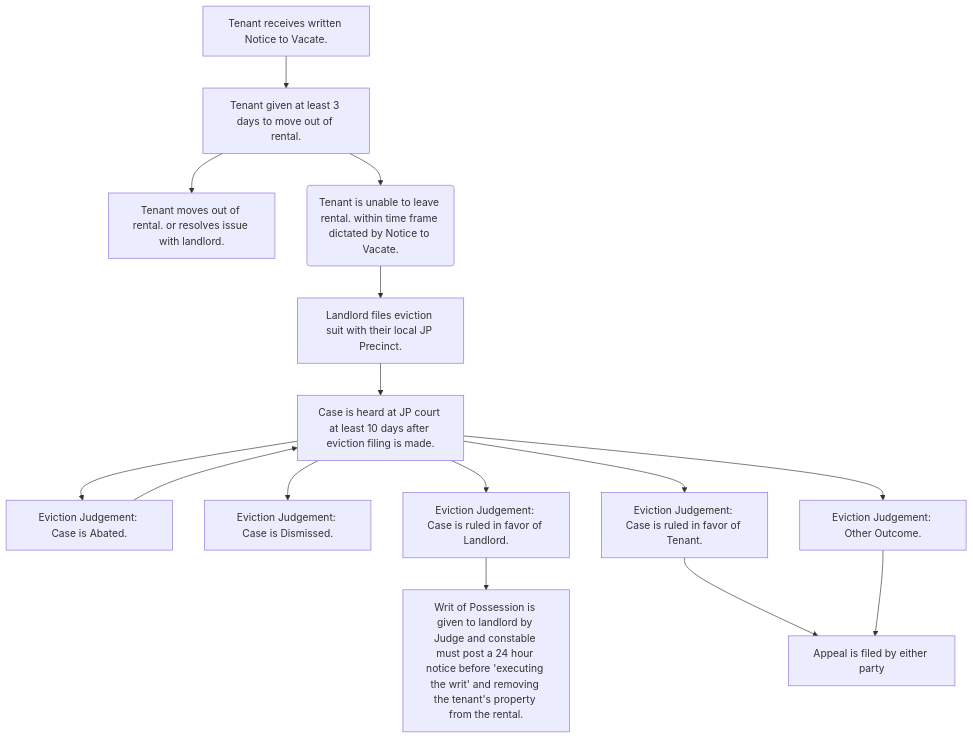
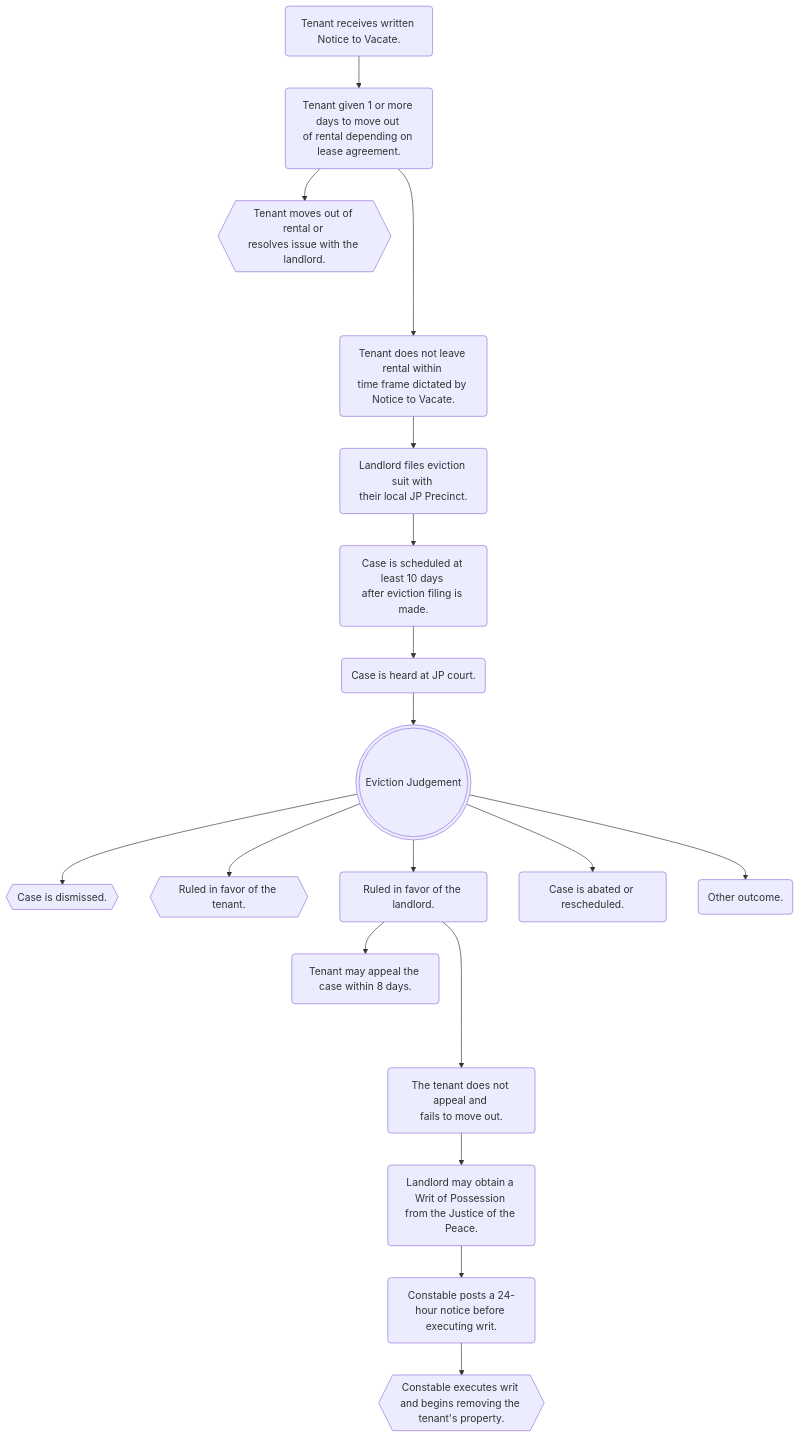
The diagram in index.qmd (twcrockett/eviction-court-observations), drawn with Mermaid before and after one commit. The commit also changed other lines of this file and 14 other files, not shown here.

````diff
--- a/index.qmd
+++ b/index.qmd
@@ -331,18 +331,20 @@
 ```{mermaid}
-%%| fig-responsive: false
-
 flowchart TD
-  A[Tenant receives written Notice to Vacate.] --> B[Tenant given at least 3 days to move out of rental.];
-  B --> C[Tenant moves out of rental. or resolves issue with landlord.];
-  B --> D(Tenant is unable to leave rental. within time frame dictated by Notice to Vacate.);
-  D --> E[Landlord files eviction suit with their local JP Precinct.];
-  E --> F[Case is heard at JP court at least 10 days after eviction filing is made.];
-  F --> G[Eviction Judgement: Case is Abated.];
-  F --> H[Eviction Judgement: Case is Dismissed.];
-  F --> I[Eviction Judgement: Case is ruled in favor of Landlord.];
-  F --> J[Eviction Judgement: Case is ruled in favor of Tenant.];
-  F --> K[Eviction Judgement: Other Outcome.];
-  G --> F;
-  J & K --> L[Appeal is filed by either party]
-  I --> M[Writ of Possession is given to landlord by Judge and constable must post a 24 hour notice before 'executing the writ' and removing the tenant's property from the rental.]
+  A(Tenant receives written Notice to Vacate.) --> B(Tenant given 1 or more days to move out <br>of rental depending on lease agreement.)
+  B --> C{{Tenant moves out of rental or <br>resolves issue with the landlord.}}
+  B ----> D(Tenant does not leave rental within <br>time frame dictated by Notice to Vacate.)
+  D --> E(Landlord files eviction suit with <br>their local JP Precinct.)
+  E --> F(Case is scheduled at least 10 days <br>after eviction filing is made.)
+  F --> G(Case is heard at JP court.)
+  G --> H(((Eviction Judgement)))
+  H --> I{{Case is dismissed.}}
+  H --> J{{Ruled in favor of the tenant.}}
+  H --> K(Ruled in favor of the landlord.)
+  H --> L(Case is abated or rescheduled.)
+  H --> M(Other outcome.)
+  K --> N(Tenant may appeal the case within 8 days.)
+  K ----> O(The tenant does not appeal and <br>fails to move out.)
+  O --> P(Landlord may obtain a Writ of Possession <br>from the Justice of the Peace.)
+  P --> Q(Constable posts a 24-hour notice before executing writ.)
+  Q --> R{{Constable executes writ and begins removing the tenant's property.}}
 ```
````
